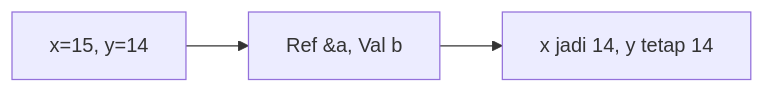
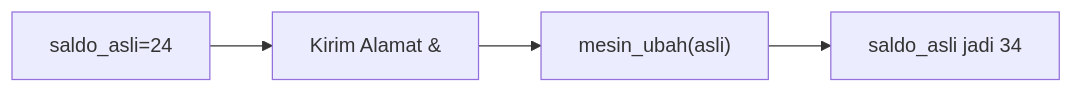
The second of 25 diagrams in part-c-pemahaman-cpp/04-fungsi/latihan/set-01.md (amnahwaida/OSNK_INF_PREP), drawn with Mermaid before and after one commit. The commit also changed other lines of this file and 71 other files, not shown here.

````diff
--- a/part-c-pemahaman-cpp/04-fungsi/latihan/set-01.md
+++ b/part-c-pemahaman-cpp/04-fungsi/latihan/set-01.md
@@ -48,5 +49,6 @@
 ```mermaid
 graph LR
-A["x=15, y=14"] --> B["Ref &a, Val b"]
-B --> C["x jadi 14, y tetap 14"]
+A["saldo_asli=24"] --> B["Kirim Alamat &"]
+B --> C["mesin_ubah(asli)"]
+C --> D["saldo_asli jadi 34"]
 ```
````
